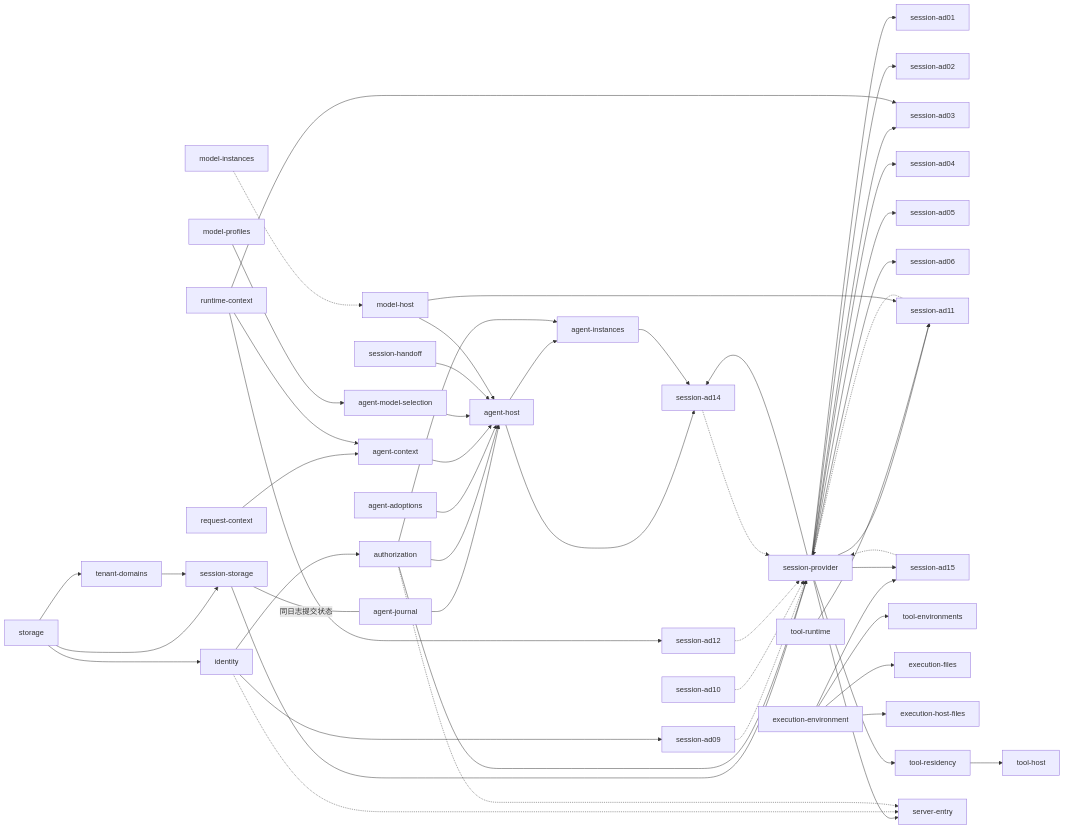
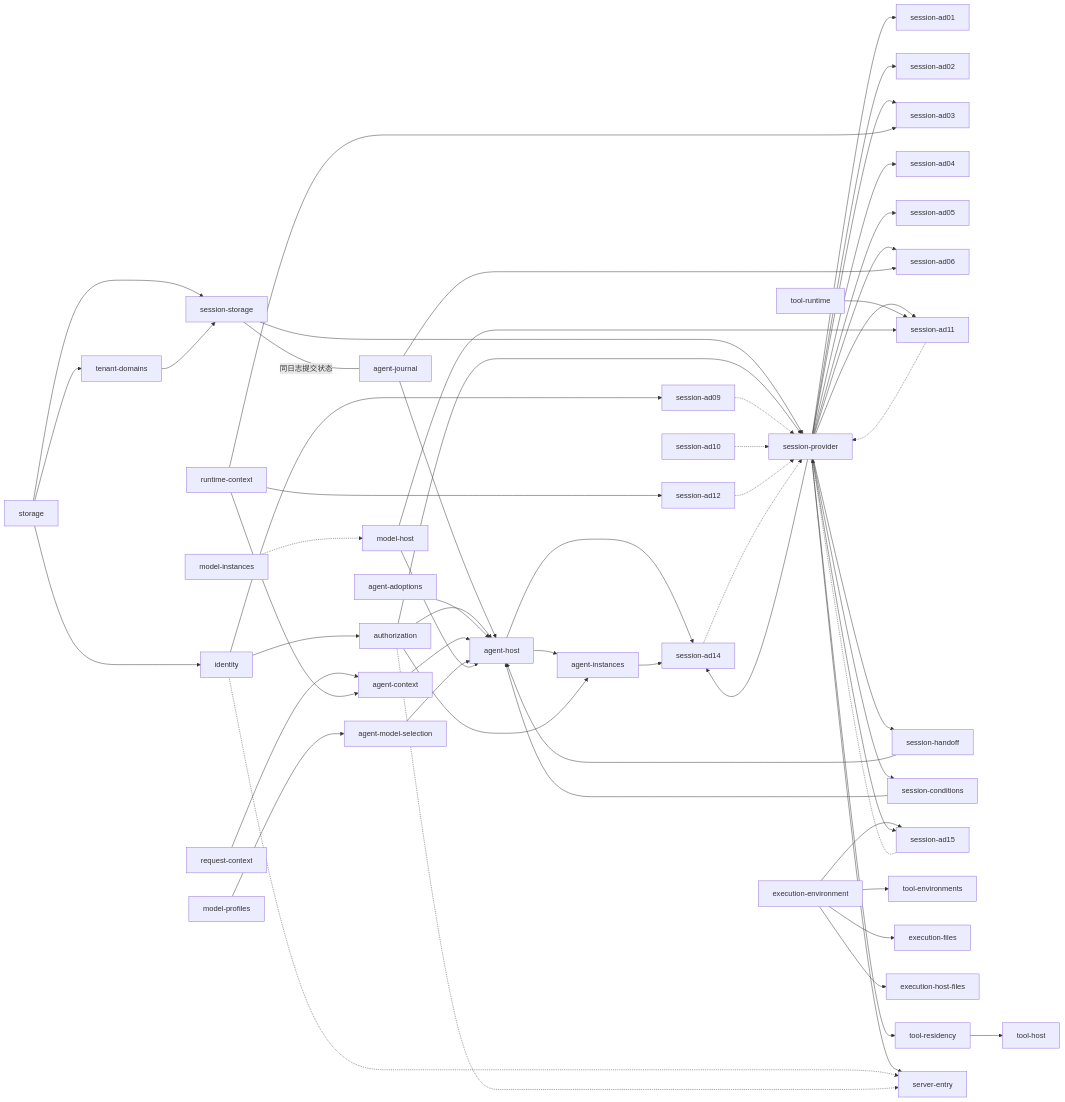
One commit to nemori-ai/omne-harness-lite changed the diagram in docs/architecture/runtime/application-assembly.md. Above: the diagram before and after it, drawn with Mermaid. The commit also changed other lines of this file and 1 other file, not shown here.

````diff
--- a/docs/architecture/runtime/application-assembly.md
+++ b/docs/architecture/runtime/application-assembly.md
@@ -90,55 +91,59 @@
 ```mermaid
 flowchart LR
   storage --> tenant-domains
   storage --> identity
   storage --> session-storage
   tenant-domains --> session-storage
   session-storage ---|同日志提交状态| agent-journal
   identity --> authorization
   session-storage --> session-provider
   authorization --> session-provider
   session-provider --> session-ad01
   session-provider --> session-ad02
   session-provider --> session-ad03
   session-provider --> session-ad04
   session-provider --> session-ad05
   session-provider --> session-ad06
   session-provider --> session-ad11
   session-provider --> session-ad14
   runtime-context --> session-ad03
   runtime-context --> session-ad12
   model-profiles --> agent-model-selection
   model-instances -.-> model-host
   identity --> session-ad09
   agent-host --> session-ad14
   agent-instances --> session-ad14
   request-context --> agent-context
   runtime-context --> agent-context
   agent-journal --> agent-host
   authorization --> agent-host
   agent-adoptions --> agent-host
   agent-context --> agent-host
   agent-model-selection --> agent-host
   session-handoff --> agent-host
+  session-conditions --> agent-host
+  session-provider --> session-handoff
+  session-provider --> session-conditions
   model-host --> agent-host
   agent-host --> agent-instances
   authorization --> agent-instances
   tool-runtime --> session-ad11
+  agent-journal --> session-ad06
   model-host --> session-ad11
   execution-environment --> session-ad15
   session-provider --> session-ad15
   execution-environment --> tool-environments
   execution-environment --> execution-files
   execution-environment --> execution-host-files
   session-provider --> tool-residency
   tool-residency --> tool-host
   session-provider --> server-entry
   session-ad09 -.-> session-provider
   session-ad10 -.-> session-provider
   session-ad12 -.-> session-provider
   session-ad14 -.-> session-provider
   session-ad11 -.-> session-provider
   session-ad15 -.-> session-provider
   identity -.-> server-entry
   authorization -.-> server-entry
 ```
````
